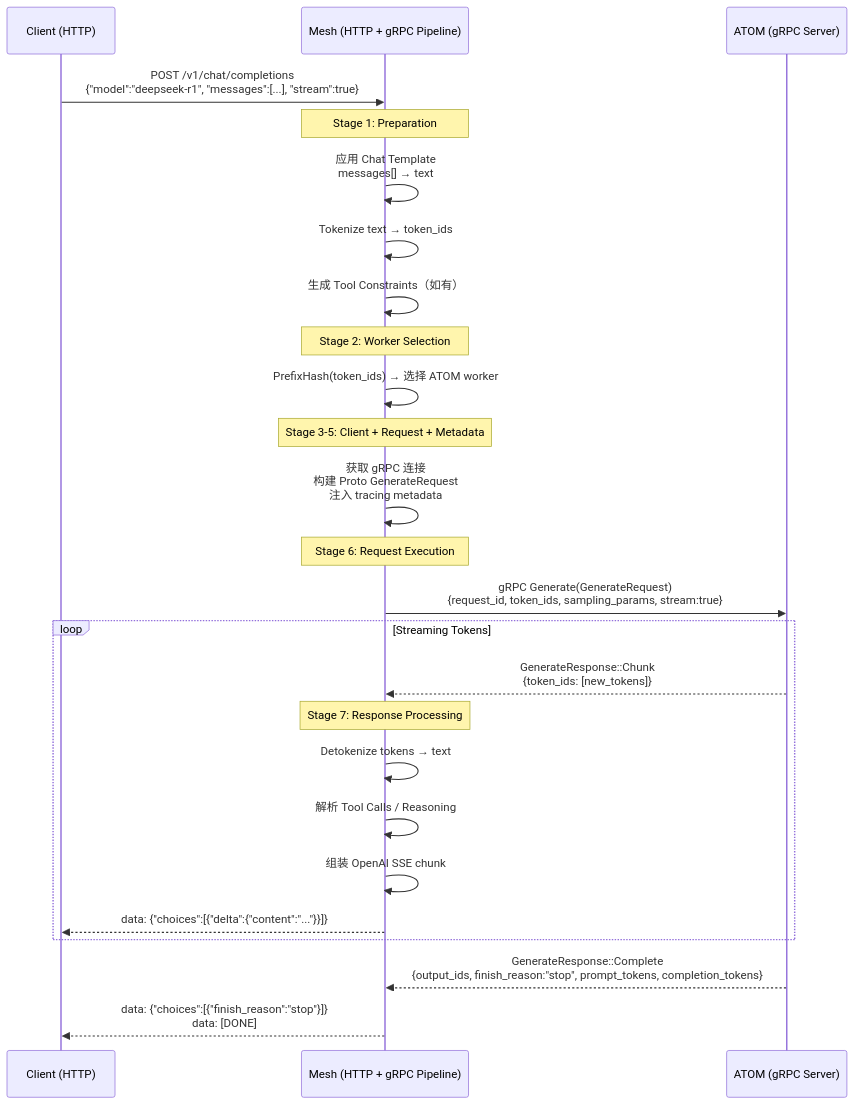
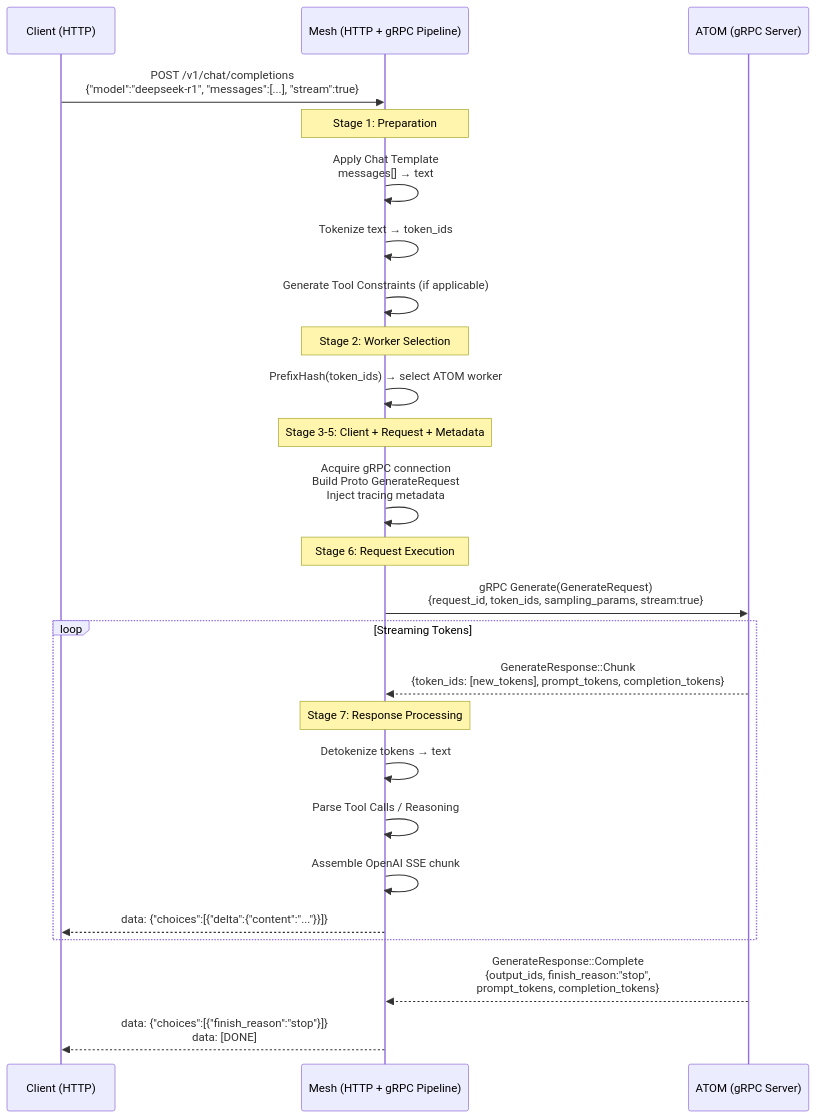
One commit to Jasen2201/ATOM changed the fourth of 7 diagrams in mesh/docs/atom_grpc_integration.md. Above: the diagram before and after it, drawn with Mermaid. The commit also changed other lines of this file, not shown here.

First line of the commit message:
docs: translate and streamline ATOM gRPC integration document

````diff
--- a/mesh/docs/atom_grpc_integration.md
+++ b/mesh/docs/atom_grpc_integration.md
@@ -155,34 +196,34 @@
 ```mermaid
 sequenceDiagram
     participant Client as Client (HTTP)
     participant Mesh as Mesh (HTTP + gRPC Pipeline)
     participant ATOM as ATOM (gRPC Server)
 
     Client->>Mesh: POST /v1/chat/completions<br/>{"model":"deepseek-r1", "messages":[...], "stream":true}
     
     Note over Mesh: Stage 1: Preparation
-    Mesh->>Mesh: 应用 Chat Template<br/>messages[] → text
+    Mesh->>Mesh: Apply Chat Template<br/>messages[] → text
     Mesh->>Mesh: Tokenize text → token_ids
-    Mesh->>Mesh: 生成 Tool Constraints（如有）
+    Mesh->>Mesh: Generate Tool Constraints (if applicable)
     
     Note over Mesh: Stage 2: Worker Selection
-    Mesh->>Mesh: PrefixHash(token_ids) → 选择 ATOM worker
+    Mesh->>Mesh: PrefixHash(token_ids) → select ATOM worker
 
     Note over Mesh: Stage 3-5: Client + Request + Metadata
-    Mesh->>Mesh: 获取 gRPC 连接<br/>构建 Proto GenerateRequest<br/>注入 tracing metadata
+    Mesh->>Mesh: Acquire gRPC connection<br/>Build Proto GenerateRequest<br/>Inject tracing metadata
 
     Note over Mesh: Stage 6: Request Execution
     Mesh->>ATOM: gRPC Generate(GenerateRequest)<br/>{request_id, token_ids, sampling_params, stream:true}
 
     loop Streaming Tokens
-        ATOM-->>Mesh: GenerateResponse::Chunk<br/>{token_ids: [new_tokens]}
+        ATOM-->>Mesh: GenerateResponse::Chunk<br/>{token_ids: [new_tokens], prompt_tokens, completion_tokens}
         Note over Mesh: Stage 7: Response Processing
         Mesh->>Mesh: Detokenize tokens → text
-        Mesh->>Mesh: 解析 Tool Calls / Reasoning
-        Mesh->>Mesh: 组装 OpenAI SSE chunk
+        Mesh->>Mesh: Parse Tool Calls / Reasoning
+        Mesh->>Mesh: Assemble OpenAI SSE chunk
         Mesh-->>Client: data: {"choices":[{"delta":{"content":"..."}}]}
     end
 
-    ATOM-->>Mesh: GenerateResponse::Complete<br/>{output_ids, finish_reason:"stop", prompt_tokens, completion_tokens}
+    ATOM-->>Mesh: GenerateResponse::Complete<br/>{output_ids, finish_reason:"stop",<br/>prompt_tokens, completion_tokens}
     Mesh-->>Client: data: {"choices":[{"finish_reason":"stop"}]}<br/>data: [DONE]
 ```
````
